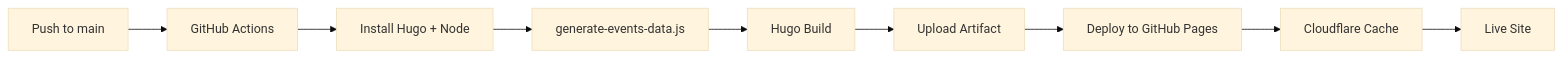
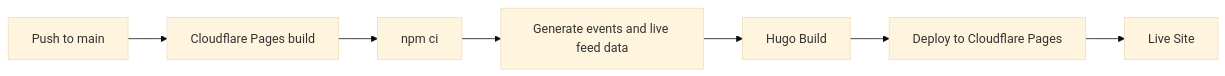
The second of 3 diagrams in README.md (CODE-Community-of-Developers-Engineers/website-frontpage), drawn with Mermaid (base theme) before and after one commit. The commit also changed other lines of this file and 3 other files, not shown here.

First line of the commit message:
Deploy with Cloudflare Pages instead of GitHub Pages

````diff
--- a/README.md
+++ b/README.md
@@ -127,11 +123,9 @@
 ```mermaid
 flowchart LR
-    A[Push to main] --> B[GitHub Actions]
-    B --> C[Install Hugo + Node]
-    C --> D[generate-events-data.js]
+    A[Push to main] --> B[Cloudflare Pages build]
+    B --> C[npm ci]
+    C --> D[Generate events and live feed data]
     D --> E[Hugo Build]
-    E --> F[Upload Artifact]
-    F --> G[Deploy to GitHub Pages]
-    G --> H[Cloudflare Cache]
-    H --> I[Live Site]
+    E --> F[Deploy to Cloudflare Pages]
+    F --> G[Live Site]
 ```
````
